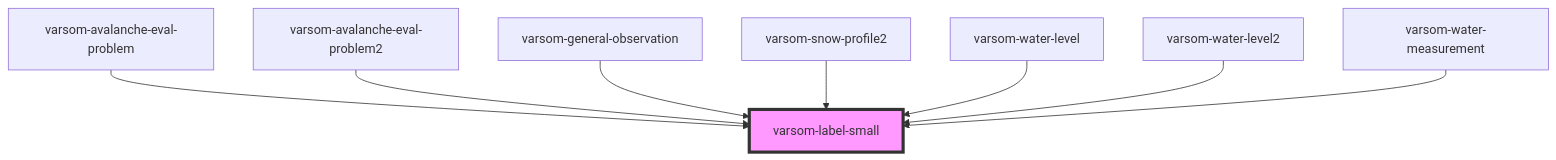
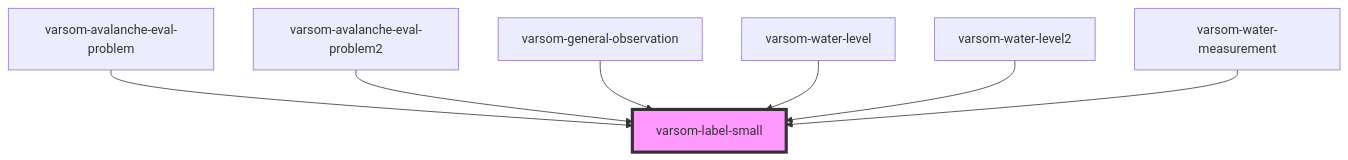
One commit to NVE/varsom-observation changed the diagram in observasjonskort/src/components/varsom-label-small/readme.md. Above: the diagram before and after it, drawn with Mermaid. The commit also changed other lines of this file and 6 other files, not shown here.

````diff
--- a/observasjonskort/src/components/varsom-label-small/readme.md
+++ b/observasjonskort/src/components/varsom-label-small/readme.md
@@ -28,11 +27,10 @@
 ```mermaid
 graph TD;
   varsom-avalanche-eval-problem --> varsom-label-small
   varsom-avalanche-eval-problem2 --> varsom-label-small
   varsom-general-observation --> varsom-label-small
-  varsom-snow-profile2 --> varsom-label-small
   varsom-water-level --> varsom-label-small
   varsom-water-level2 --> varsom-label-small
   varsom-water-measurement --> varsom-label-small
   style varsom-label-small fill:#f9f,stroke:#333,stroke-width:4px
 ```
````
